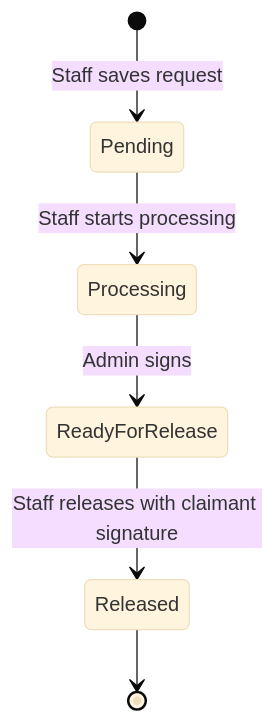
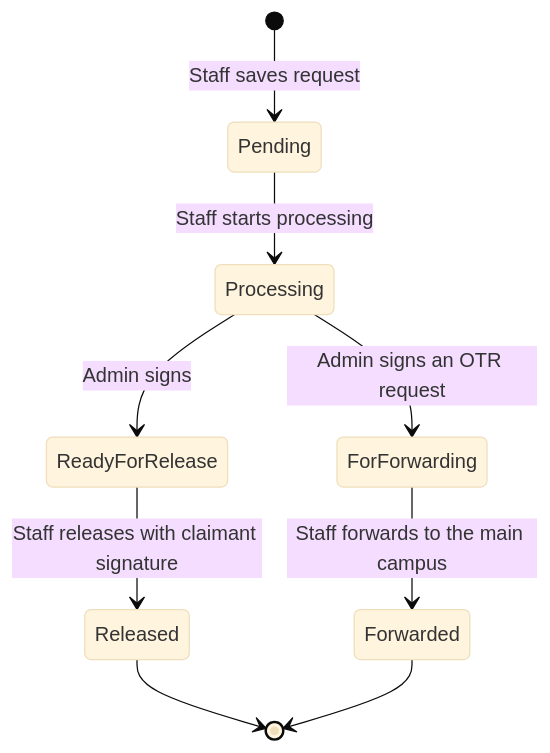
One commit to paopao-GG/registrar-management-tracking-system changed the third of 4 diagrams in docs/TECHNICAL_DESIGN.md. Above: the diagram before and after it, drawn with Mermaid (base theme). The commit also changed other lines of this file and 5 other files, not shown here.

First line of the commit message:
docs: describe OTR forwarding, authorization letters and new formats

````diff
--- a/docs/TECHNICAL_DESIGN.md
+++ b/docs/TECHNICAL_DESIGN.md
@@ -122,8 +128,11 @@
 ```mermaid
 stateDiagram-v2
   [*] --> Pending: Staff saves request
   Pending --> Processing: Staff starts processing
   Processing --> ReadyForRelease: Admin signs
+  Processing --> ForForwarding: Admin signs an OTR request
   ReadyForRelease --> Released: Staff releases with claimant signature
+  ForForwarding --> Forwarded: Staff forwards to the main campus
   Released --> [*]
+  Forwarded --> [*]
 ```
````
